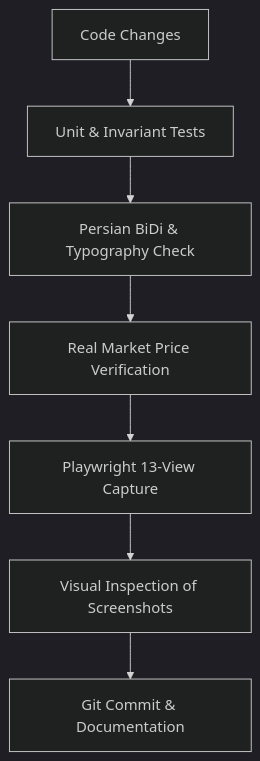
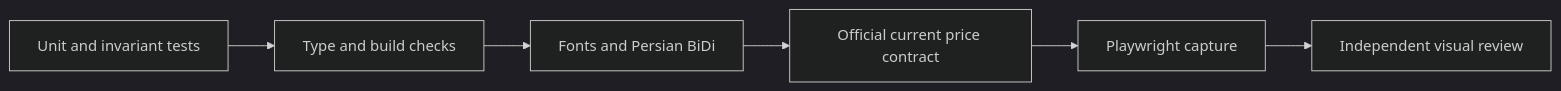
The diagram in docs/QUALITY_GATE.md (mohsenrajeh/iran-market-radar), drawn with Mermaid (dark theme) before and after one commit. The commit also changed other lines of this file and 122 other files, not shown here.

````diff
--- a/docs/QUALITY_GATE.md
+++ b/docs/QUALITY_GATE.md
@@ -5,9 +5,8 @@
 ```mermaid
-graph TD
-    A[Code Changes] --> B[Unit & Invariant Tests]
-    B --> C[Persian BiDi & Typography Check]
-    C --> D[Real Market Price Verification]
-    D --> E[Playwright 13-View Capture]
-    E --> F[Visual Inspection of Screenshots]
-    F --> G[Git Commit & Documentation]
+flowchart LR
+  A["Unit and invariant tests"] --> B["Type and build checks"]
+  B --> C["Fonts and Persian BiDi"]
+  C --> D["Official current price contract"]
+  D --> E["Playwright capture"]
+  E --> F["Independent visual review"]
 ```
````
